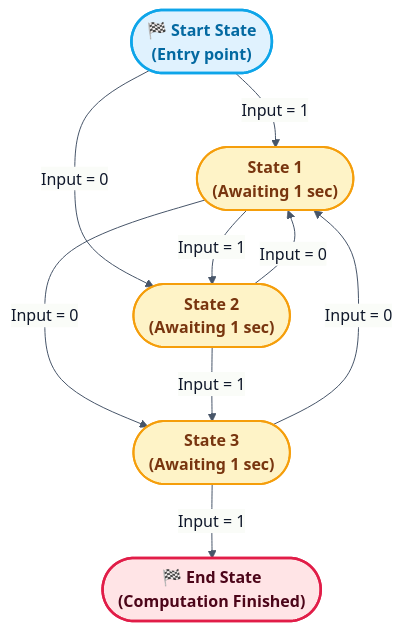
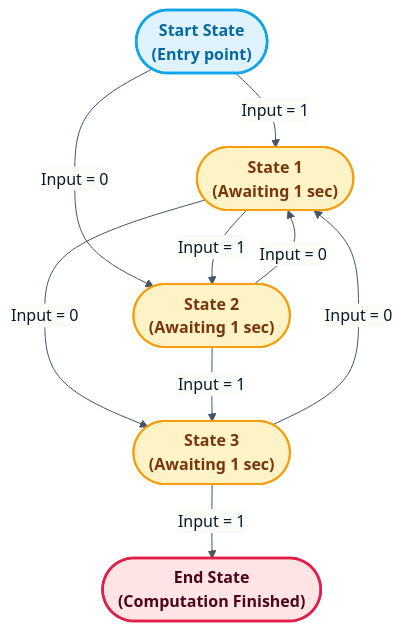
One commit to RameenAnwar/PDC-SP26-SE changed the third of 5 diagrams in SyedMuhammadHuzaifaAshrafi-(23FA-035-SE)/Chapter05/README.md. Above: the diagram before and after it, drawn with Mermaid. The commit also changed other lines of this file and 5 other files, not shown here.

````diff
--- a/SyedMuhammadHuzaifaAshrafi-(23FA-035-SE)/Chapter05/README.md
+++ b/SyedMuhammadHuzaifaAshrafi-(23FA-035-SE)/Chapter05/README.md
@@ -132,30 +132,30 @@
 ```mermaid
 %%{init: {'theme': 'base', 'themeVariables': { 'lineColor': '#475569', 'primaryColor': '#f8fafc', 'primaryTextColor': '#0f172a', 'primaryBorderColor': '#cbd5e1' }}}%%
 flowchart TD
     %% Premium FSM Coroutine Transitions
     classDef start fill:#e0f2fe,stroke:#0ea5e9,stroke-width:2.5px,color:#0369a1,font-weight:bold
     classDef state fill:#fef3c7,stroke:#f59e0b,stroke-width:2px,color:#78350f,font-weight:bold
     classDef stop fill:#ffe4e6,stroke:#e11d48,stroke-width:2.5px,color:#4c0519,font-weight:bold
 
-    SS(["🏁 Start State <br> (Entry point)"])
+    SS(["Start State <br> (Entry point)"])
     S1(["State 1 <br> (Awaiting 1 sec)"])
     S2(["State 2 <br> (Awaiting 1 sec)"])
     S3(["State 3 <br> (Awaiting 1 sec)"])
-    ES(["🏁 End State <br> (Computation Finished)"])
+    ES(["End State <br> (Computation Finished)"])
 
     SS -->|Input = 1| S1
     SS -->|Input = 0| S2
 
     S1 -->|Input = 1| S2
     S1 -->|Input = 0| S3
 
     S2 -->|Input = 0| S1
     S2 -->|Input = 1| S3
 
     S3 -->|Input = 0| S1
     S3 -->|Input = 1| ES
 
     class SS start
     class S1,S2,S3 state
     class ES stop
 ```
````
